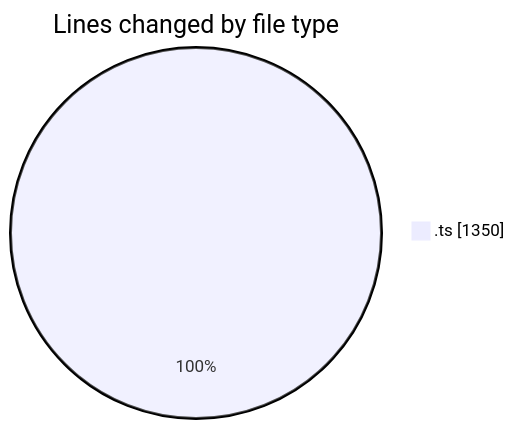
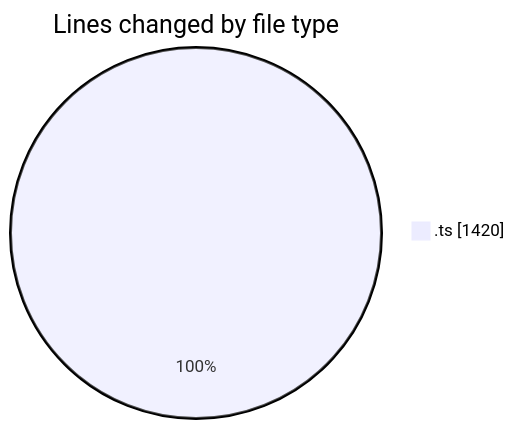
Before and after one commit to tmsrecording-cyber/code-tracking: the first of 2 diagrams in 2026-02-09/singularitybrainai/README.md, drawn with Mermaid. The commit also changed other lines of this file and 1 other file, not shown here.

````diff
--- a/2026-02-09/singularitybrainai/README.md
+++ b/2026-02-09/singularitybrainai/README.md
@@ -26,5 +26,5 @@
 ```mermaid
 pie showData
 title Lines changed by file type
-".ts" : 1350
+".ts" : 1420
 ```
````
